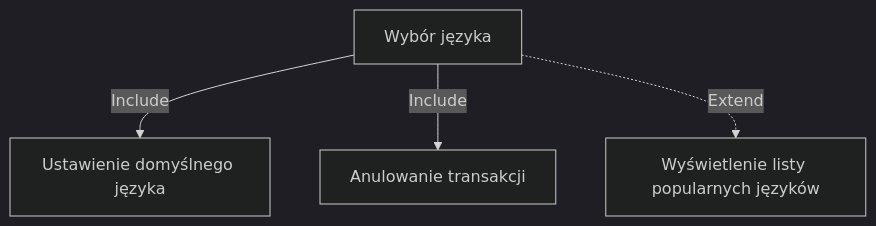
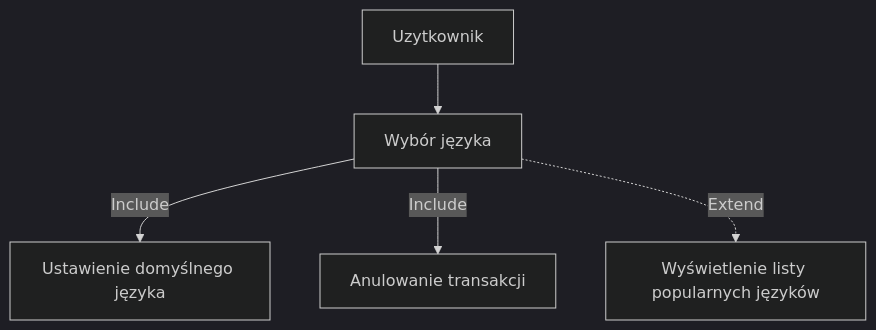
The first of 2 diagrams in uzytkownik.md (FilobokHlib/MWO), drawn with Mermaid (dark theme) before and after one commit. The commit also changed other lines of this file, not shown here.

Commit message:
Add user node to flowcharts in uzytkownik.md

````diff
--- a/uzytkownik.md
+++ b/uzytkownik.md
@@ -9,10 +9,10 @@
 ```mermaid
 flowchart TD
-    A[Wybór języka]
+    N[Uzytkownik] --> A[Wybór języka]
 
     A --> |Include| B[Ustawienie domyślnego języka]
     A --> |Include| C[Anulowanie transakcji]
 
     %% Relacja Extend (opcjonalna)
     A -.->|Extend| F[Wyświetlenie listy popularnych języków]
 ```
````
